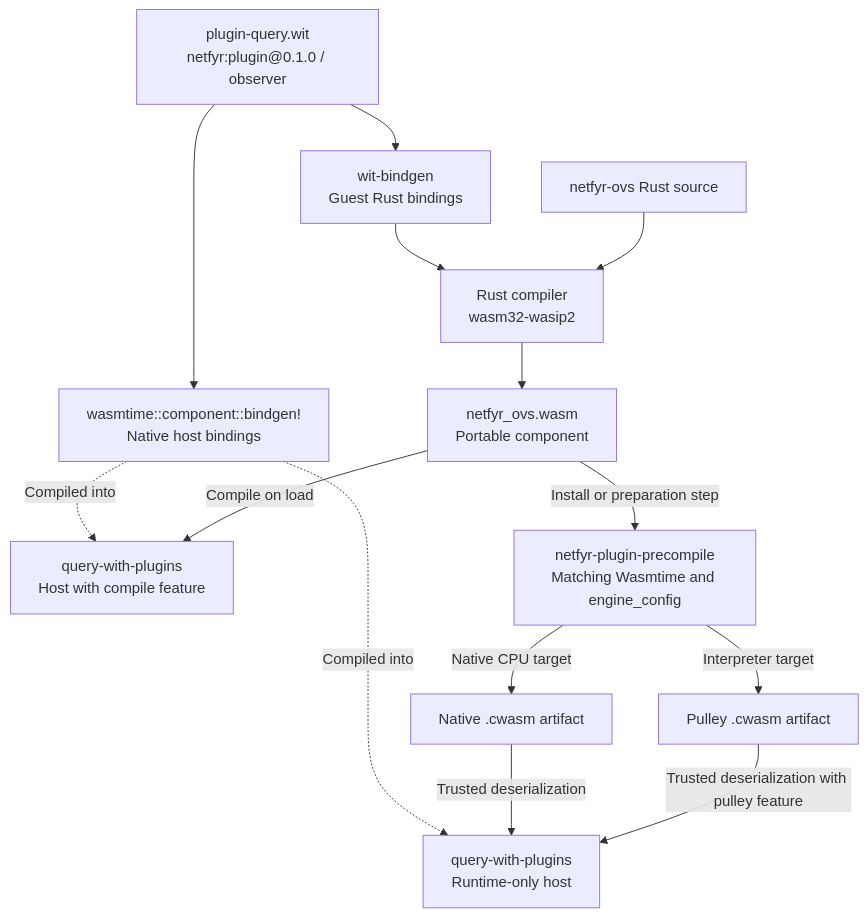
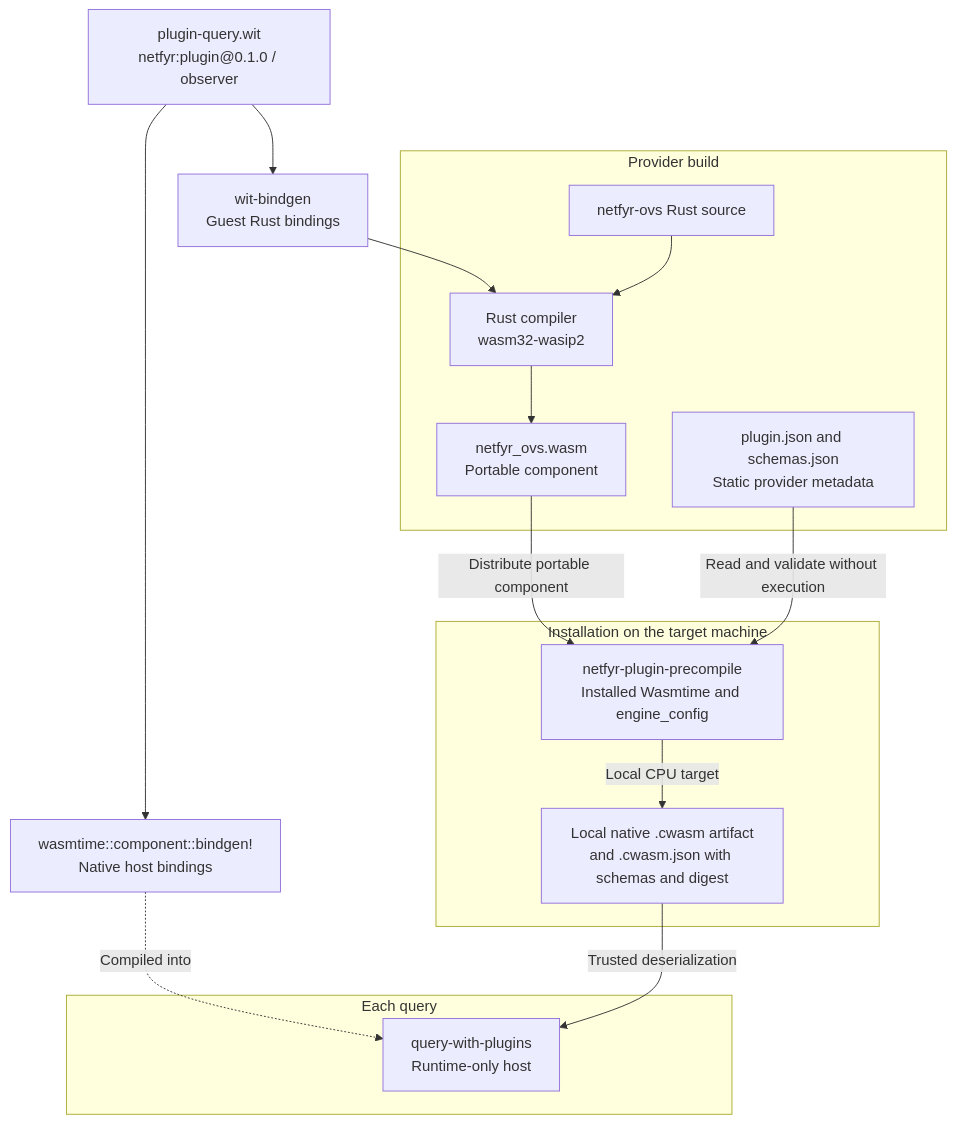
Before and after one commit to qinqon/netfyr: the fourth of 4 diagrams in docs/plugin-poc.md, drawn with Mermaid. The commit also changed other lines of this file and 26 other files, not shown here.

````diff
--- a/docs/plugin-poc.md
+++ b/docs/plugin-poc.md
@@ -204,28 +420,30 @@
 ```mermaid
 flowchart TB
     WIT["plugin-query.wit<br/>netfyr:plugin@0.1.0 / observer"]
     GuestBindings["wit-bindgen<br/>Guest Rust bindings"]
     HostBindings["wasmtime::component::bindgen!<br/>Native host bindings"]
-    Source["netfyr-ovs Rust source"]
-    Rust["Rust compiler<br/>wasm32-wasip2"]
-    Wasm["netfyr_ovs.wasm<br/>Portable component"]
-    CompileHost["query-with-plugins<br/>Host with compile feature"]
-    Precompile["netfyr-plugin-precompile<br/>Matching Wasmtime and engine_config"]
-    Native["Native .cwasm artifact"]
-    Pulley["Pulley .cwasm artifact"]
-    RuntimeHost["query-with-plugins<br/>Runtime-only host"]
+    subgraph Provider["Provider build"]
+        Source["netfyr-ovs Rust source"]
+        Rust["Rust compiler<br/>wasm32-wasip2"]
+        Wasm["netfyr_ovs.wasm<br/>Portable component"]
+        Metadata["plugin.json and schemas.json<br/>Static provider metadata"]
+    end
+    subgraph Installation["Installation on the target machine"]
+        Precompile["netfyr-plugin-precompile<br/>Installed Wasmtime and engine_config"]
+        Native["Local native .cwasm artifact<br/>and .cwasm.json with schemas and digest"]
+    end
+    subgraph Query["Each query"]
+        RuntimeHost["query-with-plugins<br/>Runtime-only host"]
+    end
 
     WIT --> GuestBindings
     WIT --> HostBindings
     GuestBindings --> Rust
     Source --> Rust
     Rust --> Wasm
-    HostBindings -.->|Compiled into| CompileHost
     HostBindings -.->|Compiled into| RuntimeHost
-    Wasm -->|Compile on load| CompileHost
-    Wasm -->|Install or preparation step| Precompile
-    Precompile -->|Native CPU target| Native
-    Precompile -->|Interpreter target| Pulley
+    Wasm -->|Distribute portable component| Precompile
+    Metadata -->|Read and validate without execution| Precompile
+    Precompile -->|Local CPU target| Native
     Native -->|Trusted deserialization| RuntimeHost
-    Pulley -->|Trusted deserialization with pulley feature| RuntimeHost
 ```
````
